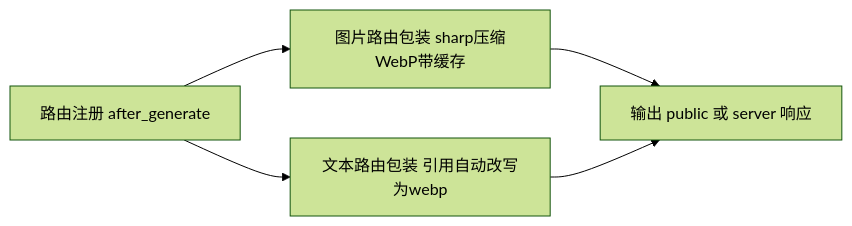
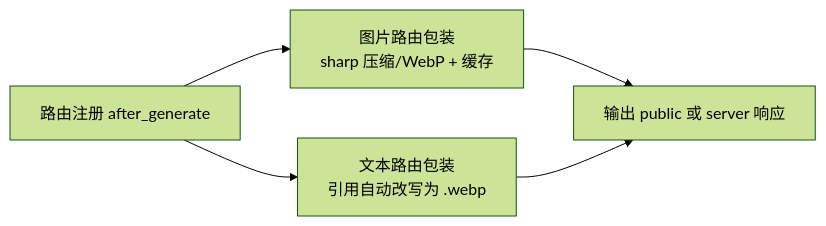
One commit to huyangpahuo/magzine-branch changed the second of 3 diagrams in docs/03-构建与部署.md. Above: the diagram before and after it, drawn with Mermaid (forest theme). The commit also changed other lines of this file and 12 other files, not shown here.

````diff
--- a/docs/03-构建与部署.md
+++ b/docs/03-构建与部署.md
@@ -7,7 +56,7 @@
 ```mermaid
 flowchart LR
-    R["路由注册 after_generate"] --> W1["图片路由包装 sharp压缩WebP带缓存"]
-    R --> W2["文本路由包装 引用自动改写为webp"]
+    R["路由注册 after_generate"] --> W1["图片路由包装<br/>sharp 压缩/WebP + 缓存"]
+    R --> W2["文本路由包装<br/>引用自动改写为 .webp"]
     W1 --> OUT["输出 public 或 server 响应"]
     W2 --> OUT
 ```
````
